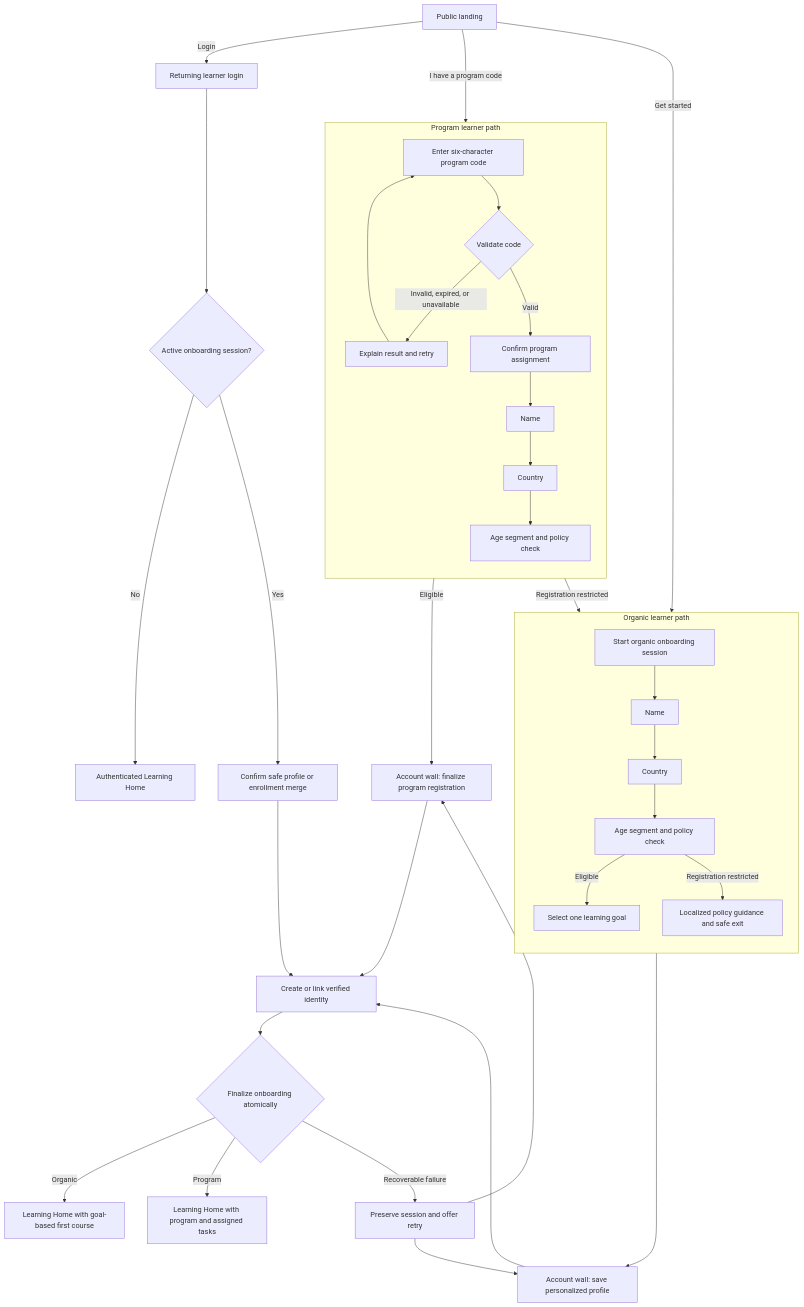
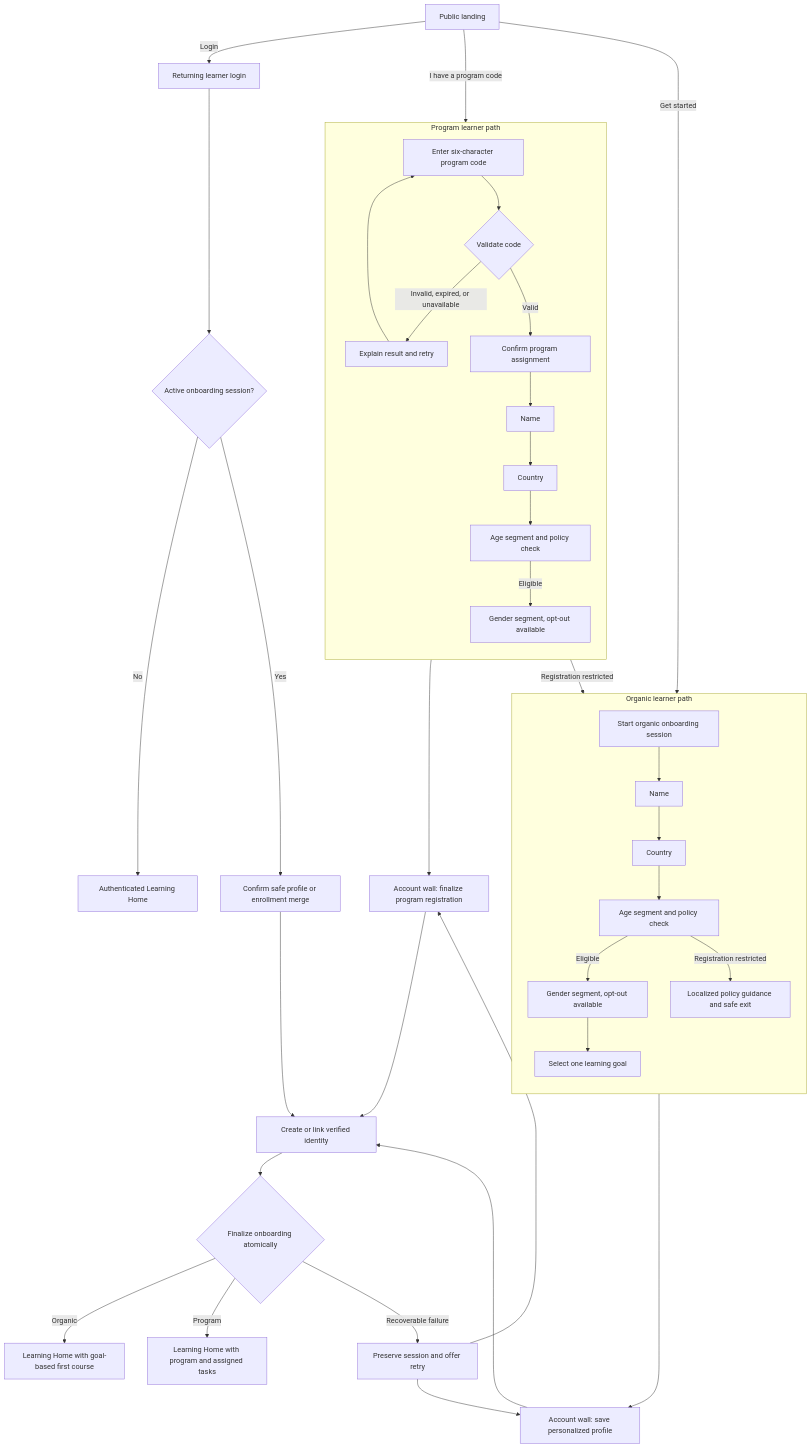
The diagram in design/onboarding-solve-edu/PRD.md (rekyb/rnd-workspace), drawn with Mermaid before and after one commit. The commit also changed other lines of this file and 11 other files, not shown here.

````diff
--- a/design/onboarding-solve-edu/PRD.md
+++ b/design/onboarding-solve-edu/PRD.md
@@ -115,46 +121,48 @@
 ```mermaid
 flowchart TD
     Landing["Public landing"]
 
     Landing -->|Get started| OrganicSession["Start organic onboarding session"]
     Landing -->|I have a program code| CodeEntry["Enter six-character program code"]
     Landing -->|Login| ReturningLogin["Returning learner login"]
 
     subgraph Organic["Organic learner path"]
         direction TD
         OrganicSession --> OName["Name"]
         OName --> OCountry["Country"]
         OCountry --> OAge["Age segment and policy check"]
-        OAge -->|Eligible| Goal["Select one learning goal"]
+        OAge -->|Eligible| OGender["Gender segment, opt-out available"]
         OAge -->|Registration restricted| PolicyExit["Localized policy guidance and safe exit"]
+        OGender --> Goal["Select one learning goal"]
     end
 
     subgraph Program["Program learner path"]
         direction TD
         CodeEntry --> ValidateCode{"Validate code"}
         ValidateCode -->|Invalid, expired, or unavailable| CodeRecovery["Explain result and retry"]
         CodeRecovery --> CodeEntry
         ValidateCode -->|Valid| ProgramPreview["Confirm program assignment"]
         ProgramPreview --> PName["Name"]
         PName --> PCountry["Country"]
         PCountry --> PAge["Age segment and policy check"]
+        PAge -->|Eligible| PGender["Gender segment, opt-out available"]
         PAge -->|Registration restricted| PolicyExit
     end
 
     Goal --> OrganicWall["Account wall: save personalized profile"]
-    PAge -->|Eligible| ProgramWall["Account wall: finalize program registration"]
+    PGender --> ProgramWall["Account wall: finalize program registration"]
 
     OrganicWall --> Identity["Create or link verified identity"]
     ProgramWall --> Identity
     ReturningLogin --> ExistingDestination{"Active onboarding session?"}
     ExistingDestination -->|No| LearningHome["Authenticated Learning Home"]
     ExistingDestination -->|Yes| MergeDecision["Confirm safe profile or enrollment merge"]
     MergeDecision --> Identity
 
     Identity --> Finalize{"Finalize onboarding atomically"}
     Finalize -->|Organic| OrganicHome["Learning Home with goal-based first course"]
     Finalize -->|Program| ProgramHome["Learning Home with program and assigned tasks"]
     Finalize -->|Recoverable failure| AccountRecovery["Preserve session and offer retry"]
     AccountRecovery --> OrganicWall
     AccountRecovery --> ProgramWall
 ```
````
